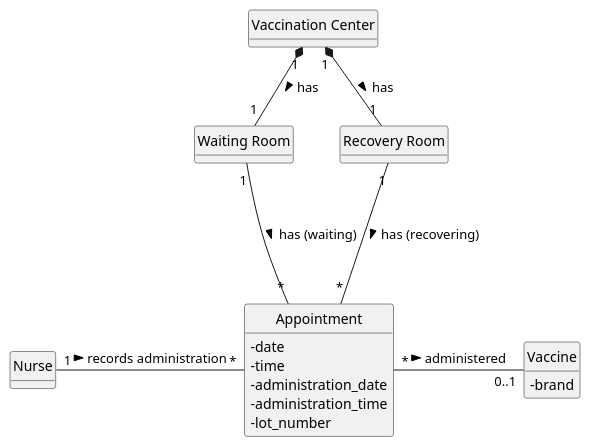
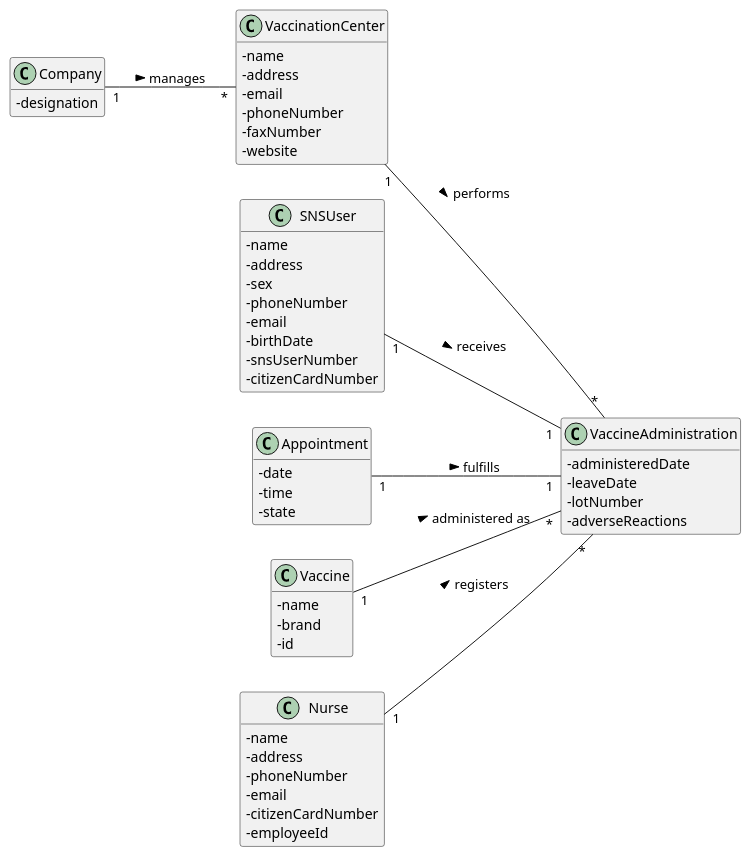
Before and after one commit to afonso51111/leti-esoft-25-26-A33: the diagram in project-template/docs/sprint 4/US41/puml/US41-MD.puml, drawn with PlantUML. The commit also changed 201 other files, not shown here.

```diff
--- a/project-template/docs/sprint 4/US41/puml/US41-MD.puml
+++ b/project-template/docs/sprint 4/US41/puml/US41-MD.puml
@@ -1,39 +1,65 @@
 @startuml
-hide circle
 hide methods
+left to right direction
 skinparam classAttributeIconSize 0
 
-class Nurse {
+class Company {
+  - designation
 }
 
-class "Vaccination Center" {
+class VaccinationCenter {
+  - name
+  - address
+  - email
+  - phoneNumber
+  - faxNumber
+  - website
 }
 
-class "Waiting Room" {
+class SNSUser {
+  - name
+  - address
+  - sex
+  - phoneNumber
+  - email
+  - birthDate
+  - snsUserNumber
+  - citizenCardNumber
 }
 
-class "Recovery Room" {
+class Appointment {
+  - date
+  - time
+  - state
 }
 
-class "Appointment" {
-  - date
-  - time
-  - administration_date
-  - administration_time
-  - lot_number
+class Vaccine {
+  - name
+  - brand
+  - id
 }
 
-class "Vaccine" {
-  - brand
+class VaccineAdministration {
+  - administeredDate
+  - leaveDate
+  - lotNumber
+  - adverseReactions
 }
 
-Nurse "1" -right-- "*" Appointment : records administration >
-"Vaccination Center" "1" *-- "1" "Waiting Room" : has >
-"Vaccination Center" "1" *-- "1" "Recovery Room" : has >
+class Nurse {
+  - name
+  - address
+  - phoneNumber
+  - email
+  - citizenCardNumber
+  - employeeId
+}
 
-"Waiting Room" "1" -down-- "*" Appointment : has (waiting) >
-"Recovery Room" "1" -down-- "*" Appointment : has (recovering) >
-
-Appointment "*" -right-- "0..1" Vaccine : administered >
+Company "1" -- "*" VaccinationCenter : manages >
+VaccinationCenter "1" -- "*" VaccineAdministration : performs >
+Nurse "1" -- "*" VaccineAdministration : registers >
+SNSUser "1" -- "1" VaccineAdministration : receives >
+Appointment "1" -- "1" VaccineAdministration : fulfills >
+Vaccine "1" -- "*" VaccineAdministration : administered as >
 
 @enduml
```
